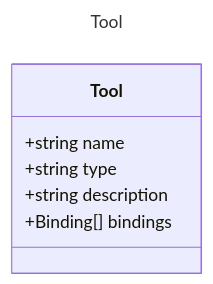
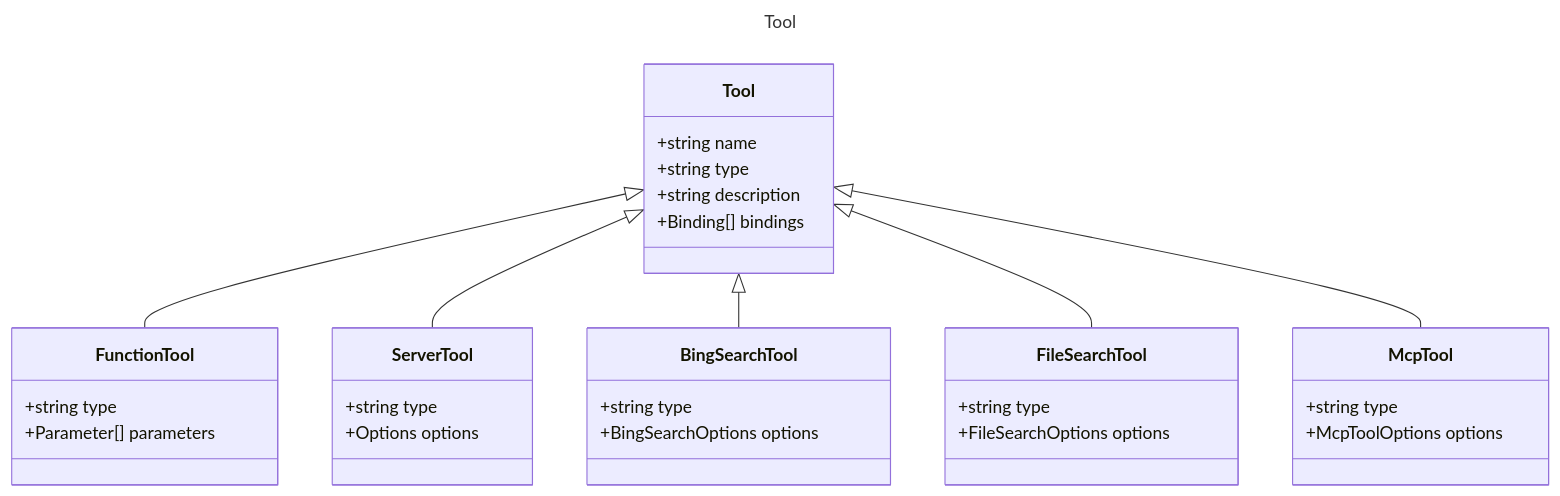
One commit to microsoft/prompty changed the diagram in specification/prompty/docs/Tool.md. Above: the diagram before and after it, drawn with Mermaid. The commit also changed other lines of this file and 26 other files, not shown here.

````diff
--- a/specification/prompty/docs/Tool.md
+++ b/specification/prompty/docs/Tool.md
@@ -7,12 +7,37 @@
 ```mermaid
 ---
 title: Tool
 ---
 classDiagram
     class Tool {
         +string name
         +string type
         +string description
         +Binding[] bindings
     }
+    class FunctionTool {
+        +string type
+        +Parameter[] parameters
+    }
+    Tool <|-- FunctionTool
+    class ServerTool {
+        +string type
+        +Options options
+    }
+    Tool <|-- ServerTool
+    class BingSearchTool {
+        +string type
+        +BingSearchOptions options
+    }
+    Tool <|-- BingSearchTool
+    class FileSearchTool {
+        +string type
+        +FileSearchOptions options
+    }
+    Tool <|-- FileSearchTool
+    class McpTool {
+        +string type
+        +McpToolOptions options
+    }
+    Tool <|-- McpTool
 ```
````
